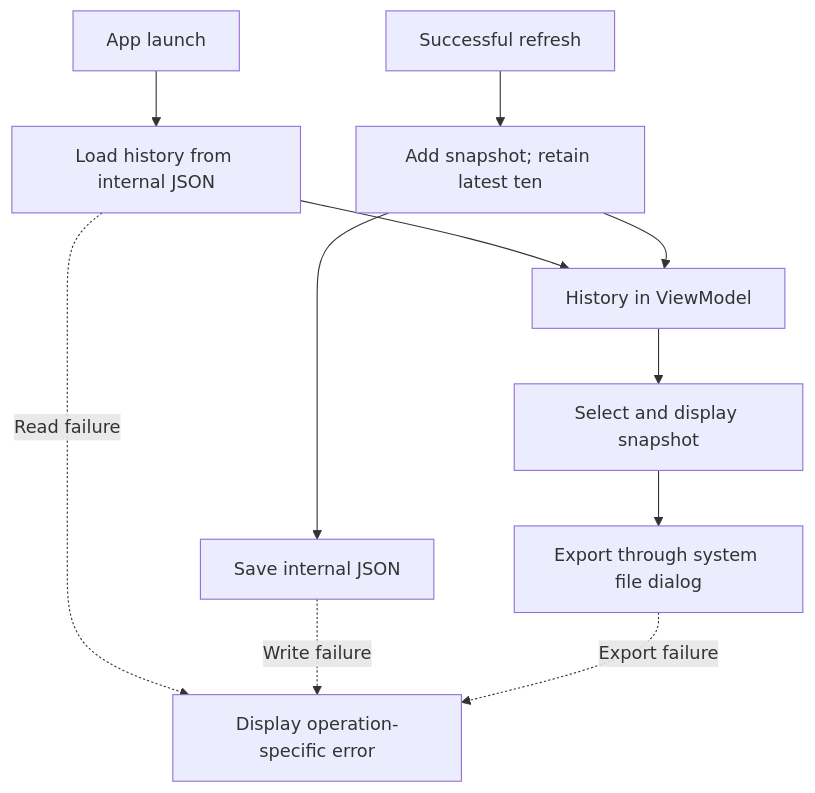
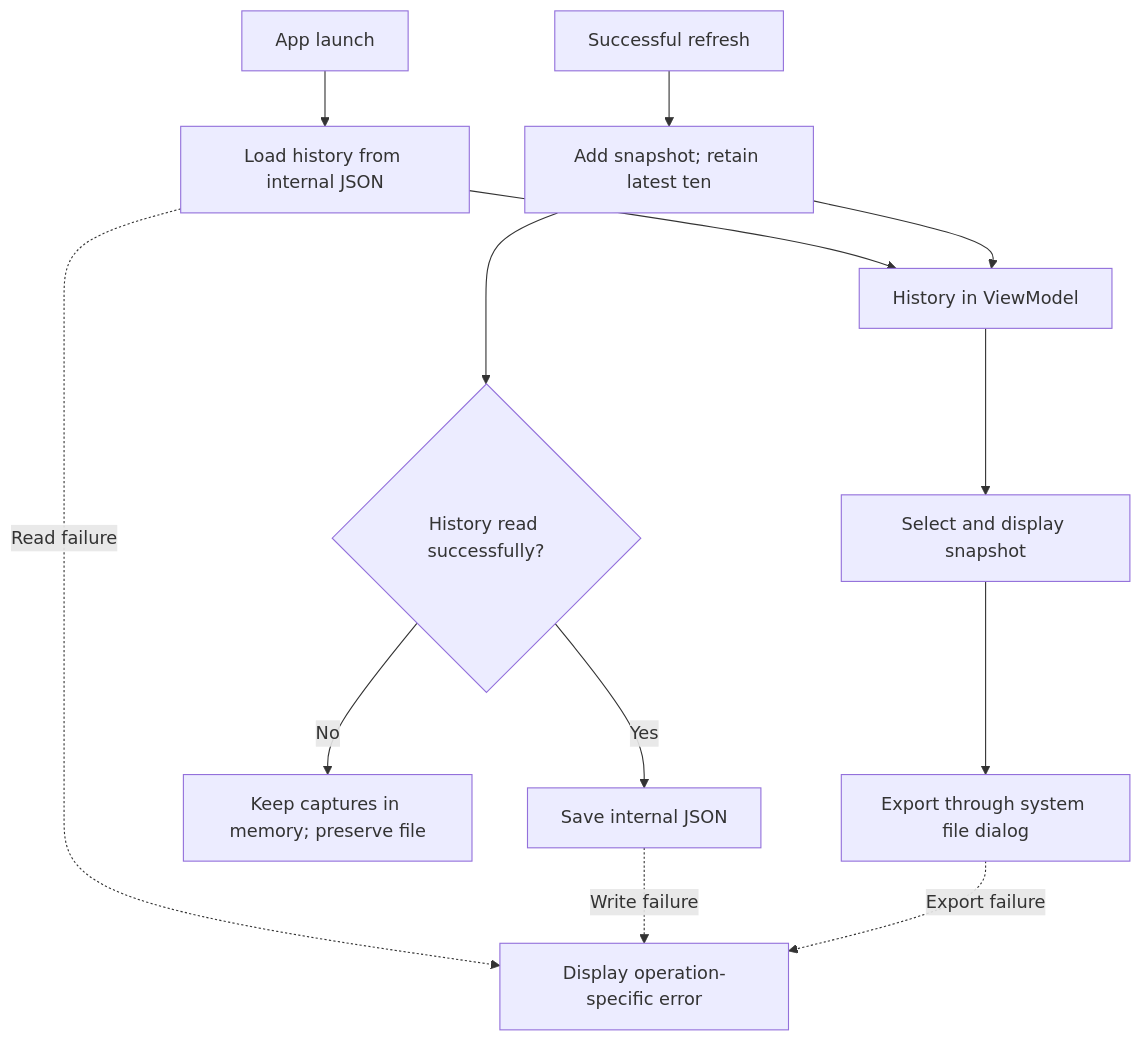
The third of 4 diagrams in README.md (anniigr/MacSystemSnaphot), drawn with Mermaid before and after one commit. The commit also changed other lines of this file, not shown here.

````diff
--- a/README.md
+++ b/README.md
@@ -95,13 +101,15 @@
 ```mermaid
 flowchart TD
     A["App launch"] --> B["Load history from internal JSON"]
     B --> C["History in ViewModel"]
     D["Successful refresh"] --> E["Add snapshot; retain latest ten"]
     E --> C
-    E --> F["Save internal JSON"]
+    E --> J{"History read successfully?"}
+    J -->|Yes| F["Save internal JSON"]
+    J -->|No| K["Keep captures in memory; preserve file"]
     C --> G["Select and display snapshot"]
     G --> H["Export through system file dialog"]
     B -.->|Read failure| I["Display operation-specific error"]
     F -.->|Write failure| I
     H -.->|Export failure| I
 ```
````
